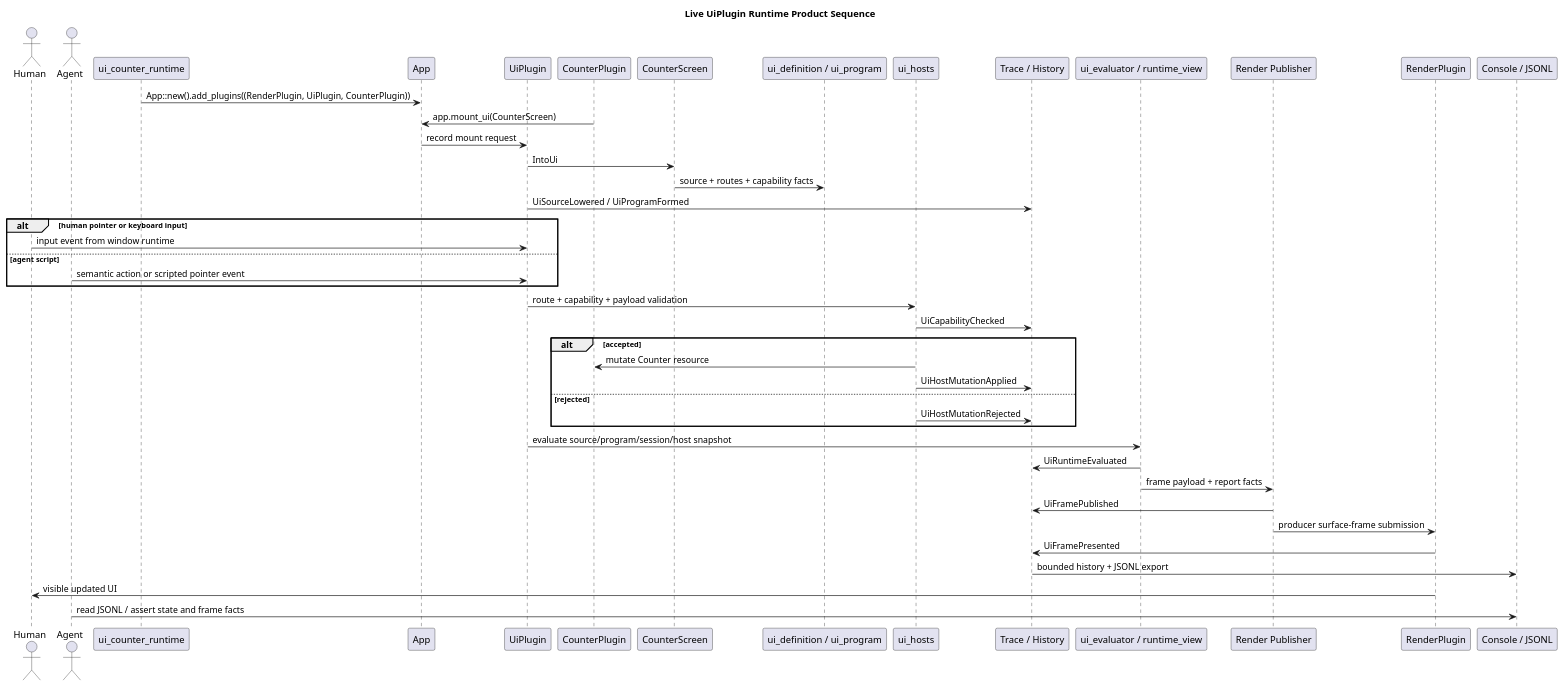
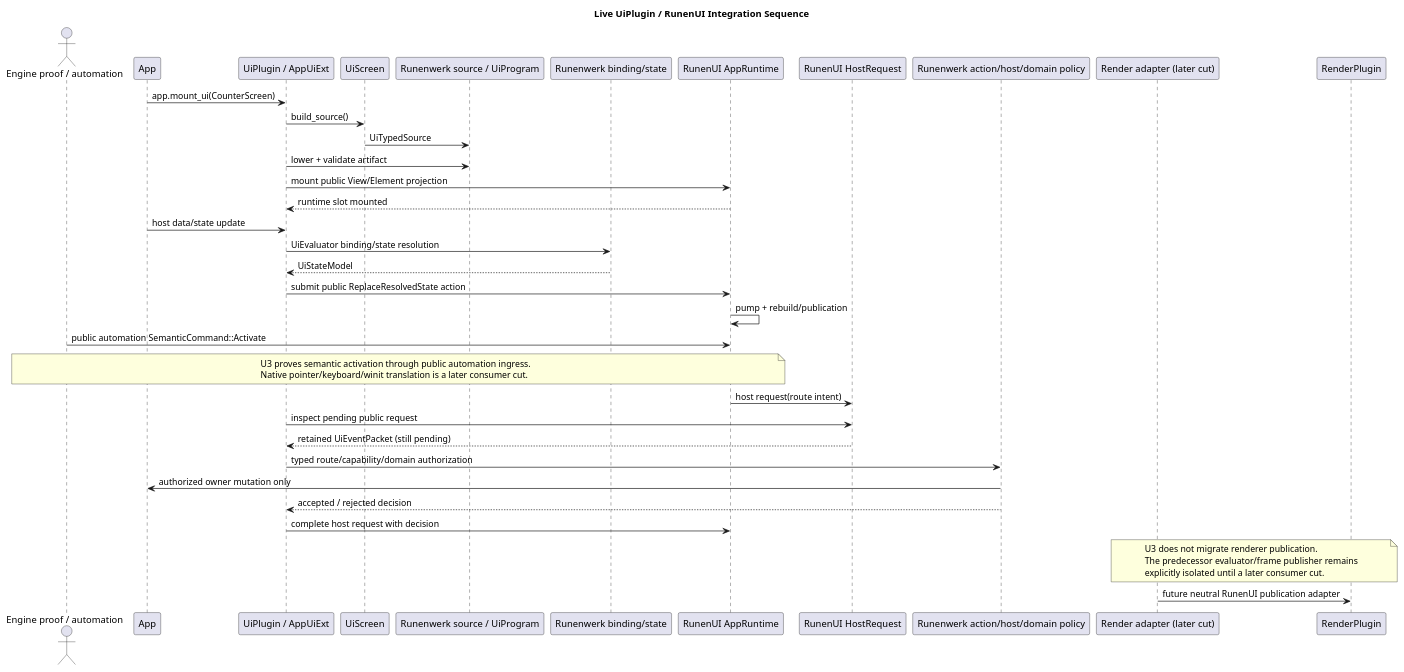
One commit to dornglut/runenwerk changed the diagram in docs-site/src/content/docs/architecture/diagrams/live-uiplugin-runtime-sequence.puml. Above: the diagram before and after it, drawn with PlantUML. The commit also changed 18 other files, not shown here.

Commit message:
[UI][RunenUI U3] Cut Engine CounterScreen runtime authority to RunenUI

```diff
--- a/docs-site/src/content/docs/architecture/diagrams/live-uiplugin-runtime-sequence.puml
+++ b/docs-site/src/content/docs/architecture/diagrams/live-uiplugin-runtime-sequence.puml
@@ -1,51 +1,51 @@
 @startuml
-title Live UiPlugin Runtime Product Sequence
+title Live UiPlugin / RunenUI Integration Sequence
 
-actor Human
-actor Agent
-participant "ui_counter_runtime" as AppBin
+actor "Engine proof / automation" as Automation
 participant "App" as App
-participant "UiPlugin" as Ui
-participant "CounterPlugin" as CounterPlugin
-participant "CounterScreen" as Screen
-participant "ui_definition / ui_program" as Program
-participant "ui_hosts" as Host
-participant "Trace / History" as Trace
-participant "ui_evaluator / runtime_view" as Eval
-participant "Render Publisher" as Publisher
+participant "UiPlugin / AppUiExt" as Ui
+participant "UiScreen" as Screen
+participant "Runenwerk source / UiProgram" as Program
+participant "Runenwerk binding/state" as State
+participant "RunenUI AppRuntime" as RunenUI
+participant "RunenUI HostRequest" as HostRequest
+participant "Runenwerk action/host/domain policy" as Host
+participant "Render adapter (later cut)" as RenderAdapter
 participant "RenderPlugin" as Render
-participant "Console / JSONL" as Console
 
-AppBin -> App: App::new().add_plugins((RenderPlugin, UiPlugin, CounterPlugin))
-CounterPlugin -> App: app.mount_ui(CounterScreen)
-App -> Ui: record mount request
-Ui -> Screen: IntoUi
-Screen -> Program: source + routes + capability facts
-Ui -> Trace: UiSourceLowered / UiProgramFormed
+App -> Ui: app.mount_ui(CounterScreen)
+Ui -> Screen: build_source()
+Screen -> Program: UiTypedSource
+Ui -> Program: lower + validate artifact
+Ui -> RunenUI: mount public View/Element projection
+RunenUI --> Ui: runtime slot mounted
 
-alt human pointer or keyboard input
-  Human -> Ui: input event from window runtime
-else agent script
-  Agent -> Ui: semantic action or scripted pointer event
-end
+App -> Ui: host data/state update
+Ui -> State: UiEvaluator binding/state resolution
+State --> Ui: UiStateModel
+Ui -> RunenUI: submit public ReplaceResolvedState action
+RunenUI -> RunenUI: pump + rebuild/publication
 
-Ui -> Host: route + capability + payload validation
-Host -> Trace: UiCapabilityChecked
-alt accepted
-  Host -> CounterPlugin: mutate Counter resource
-  Host -> Trace: UiHostMutationApplied
-else rejected
-  Host -> Trace: UiHostMutationRejected
-end
+Automation -> RunenUI: public automation SemanticCommand::Activate
 
-Ui -> Eval: evaluate source/program/session/host snapshot
-Eval -> Trace: UiRuntimeEvaluated
-Eval -> Publisher: frame payload + report facts
-Publisher -> Trace: UiFramePublished
-Publisher -> Render: producer surface-frame submission
-Render -> Trace: UiFramePresented
-Trace -> Console: bounded history + JSONL export
-Render -> Human: visible updated UI
-Agent -> Console: read JSONL / assert state and frame facts
+note over Automation,RunenUI
+U3 proves semantic activation through public automation ingress.
+Native pointer/keyboard/winit translation is a later consumer cut.
+end note
+RunenUI -> HostRequest: host request(route intent)
+Ui -> HostRequest: inspect pending public request
+HostRequest --> Ui: retained UiEventPacket (still pending)
+Ui -> Host: typed route/capability/domain authorization
+Host -> App: authorized owner mutation only
+Host --> Ui: accepted / rejected decision
+Ui -> RunenUI: complete host request with decision
+
+note over RenderAdapter,Render
+U3 does not migrate renderer publication.
+The predecessor evaluator/frame publisher remains
+explicitly isolated until a later consumer cut.
+end note
+
+RenderAdapter -> Render: future neutral RunenUI publication adapter
 
 @enduml
```
